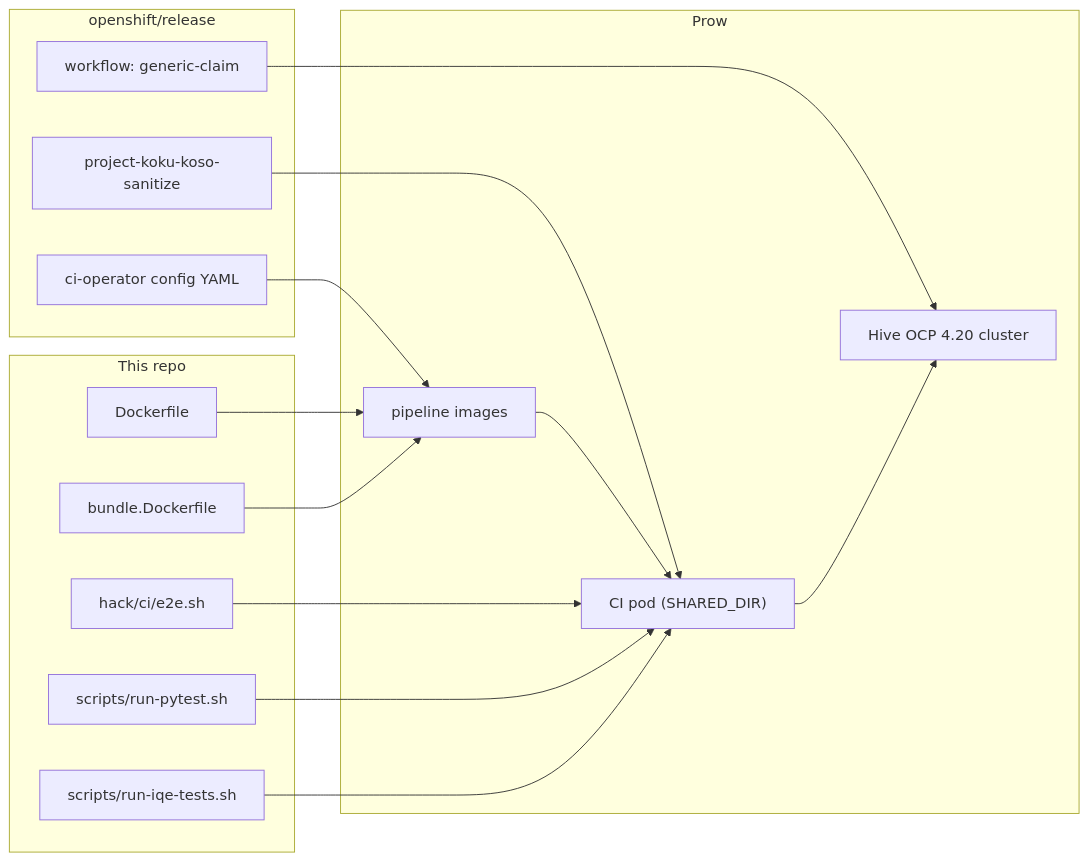
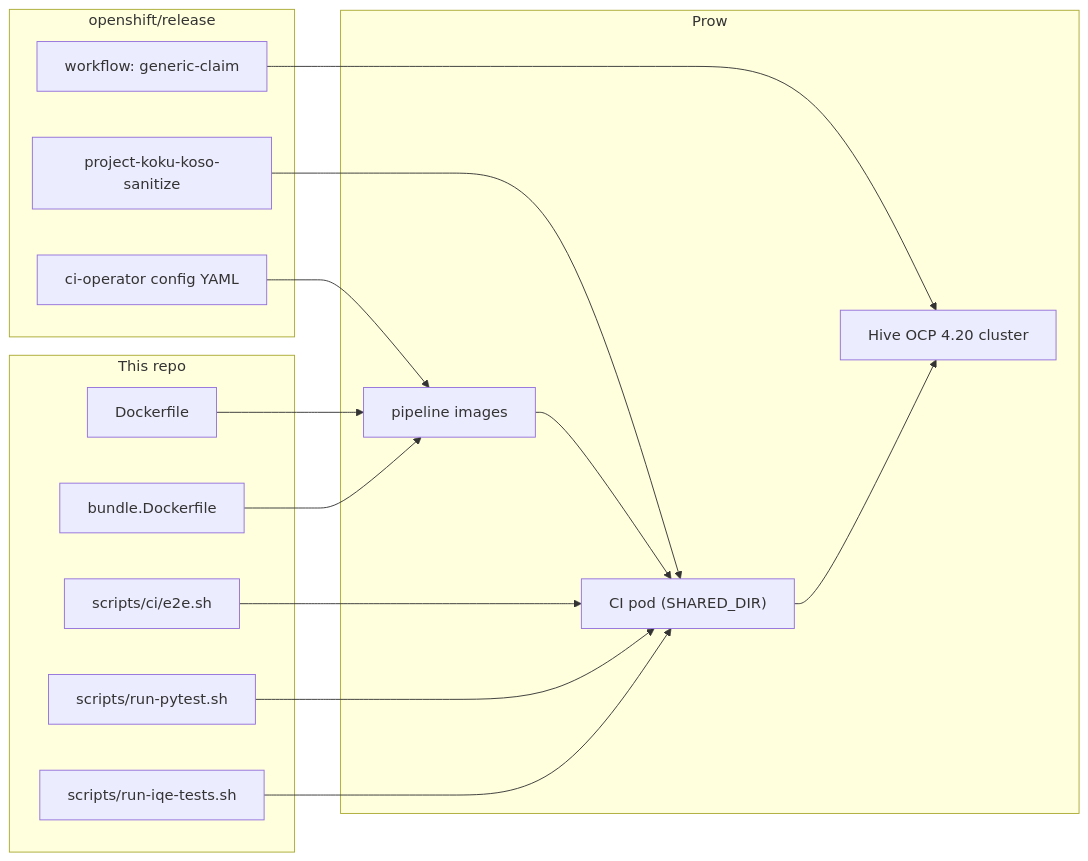
One commit to martinpovolny/koku-service-operator changed the diagram in docs/openshift-ci/openshift-ci.md. Above: the diagram before and after it, drawn with Mermaid. The commit also changed other lines of this file and 52 other files, not shown here.

````diff
--- a/docs/openshift-ci/openshift-ci.md
+++ b/docs/openshift-ci/openshift-ci.md
@@ -47,33 +47,33 @@
 ```mermaid
 flowchart LR
   subgraph thisRepo [This repo]
     Dockerfile
     Bundle[bundle.Dockerfile]
-    E2Esh["hack/ci/e2e.sh"]
+    E2Esh["scripts/ci/e2e.sh"]
     Pytest["scripts/run-pytest.sh"]
     IQE["scripts/run-iqe-tests.sh"]
   end
 
   subgraph releaseRepo ["openshift/release"]
     Config["ci-operator config YAML"]
     Sanitize["project-koku-koso-sanitize"]
     Claim["workflow: generic-claim"]
   end
 
   subgraph prow [Prow]
     Images[pipeline images]
     CiPod["CI pod (SHARED_DIR)"]
     Cluster["Hive OCP 4.20 cluster"]
   end
 
   Config --> Images
   Dockerfile --> Images
   Bundle --> Images
   Claim --> Cluster
   Sanitize --> CiPod
   Images --> CiPod
   E2Esh --> CiPod
   Pytest --> CiPod
   IQE --> CiPod
   CiPod --> Cluster
 ```
````
